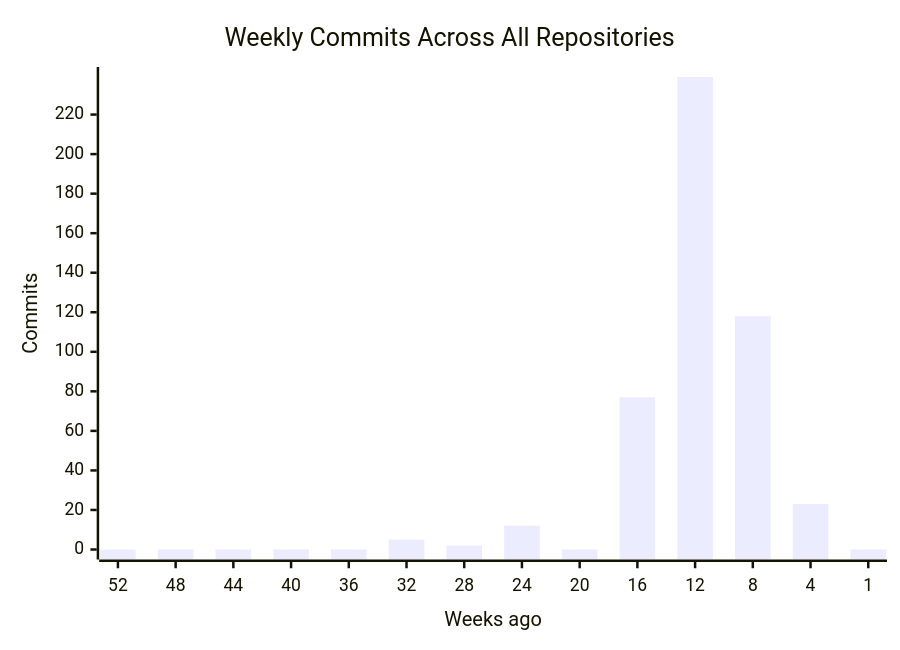
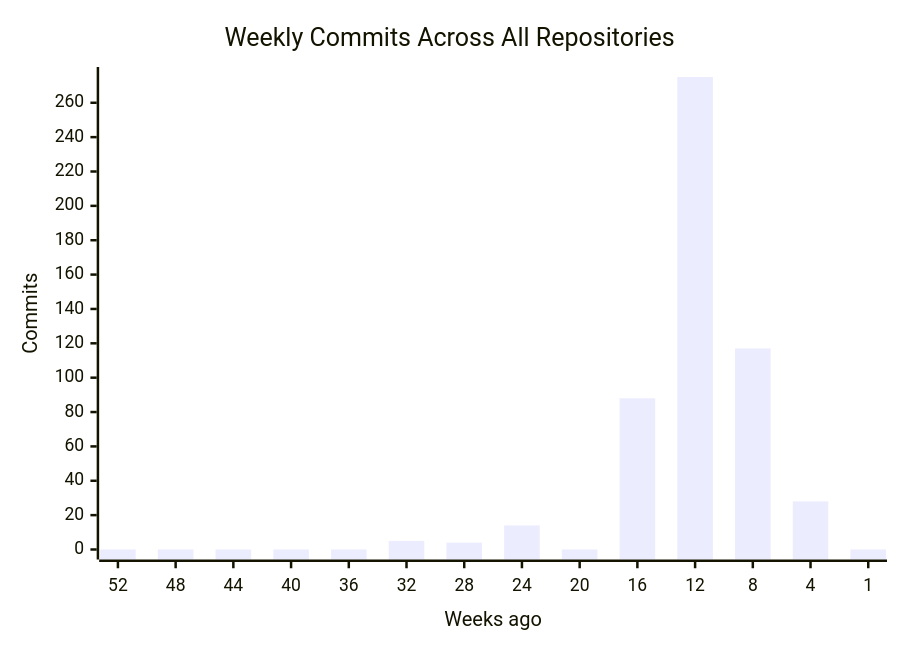
Before and after one commit to CSTH-Projects/.github: the first of 4 diagrams in profile/README.md, drawn with Mermaid. The commit also changed other lines of this file, not shown here.

````diff
--- a/profile/README.md
+++ b/profile/README.md
@@ -16,7 +16,7 @@
 ```mermaid
 xychart-beta
     title "Weekly Commits Across All Repositories"
     x-axis "Weeks ago" [52, 48, 44, 40, 36, 32, 28, 24, 20, 16, 12, 8, 4, 1]
     y-axis "Commits"
-    bar [0, 0, 0, 0, 0, 5, 2, 12, 0, 77, 239, 118, 23, 0]
+    bar [0, 0, 0, 0, 0, 5, 4, 14, 0, 88, 275, 117, 28, 0]
 ```
````
